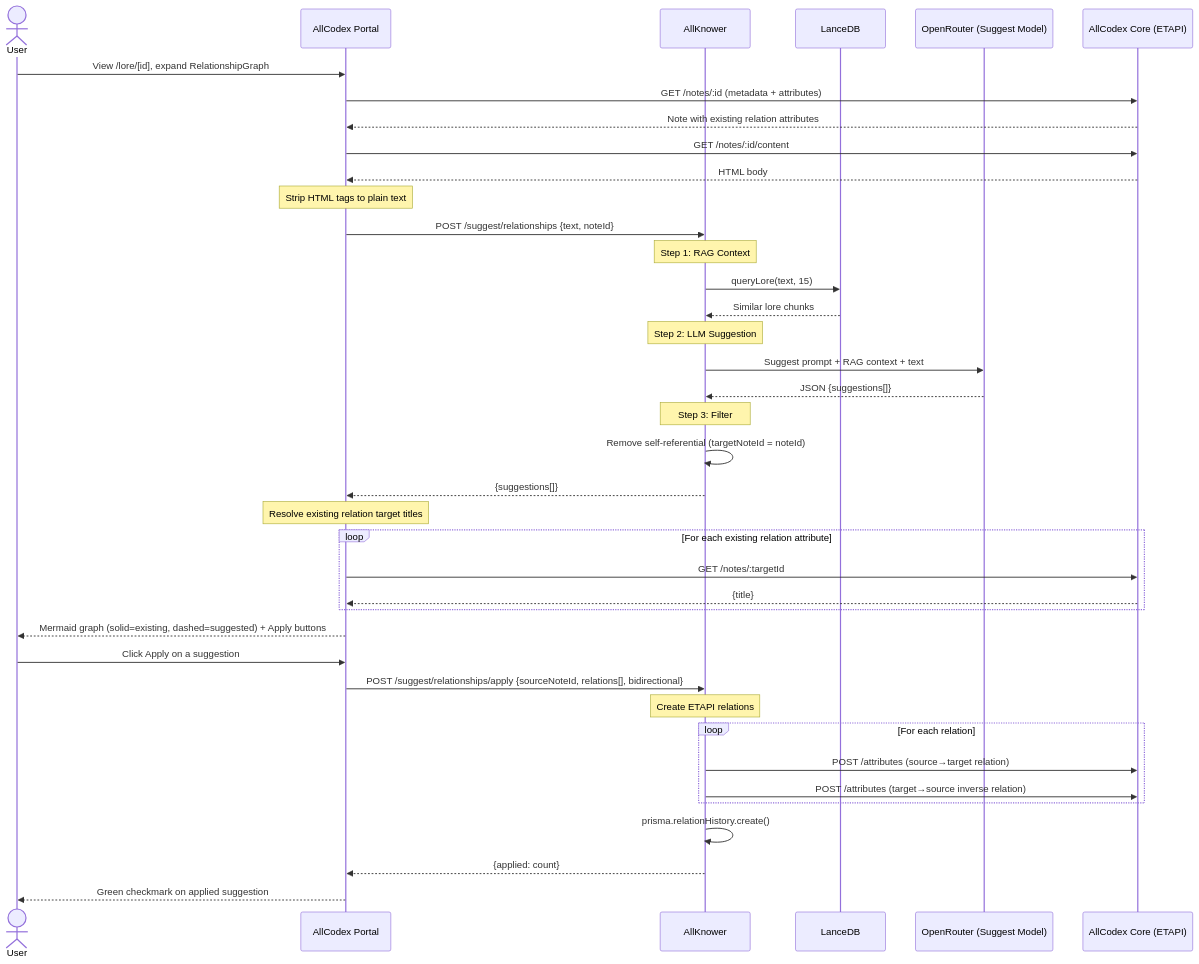
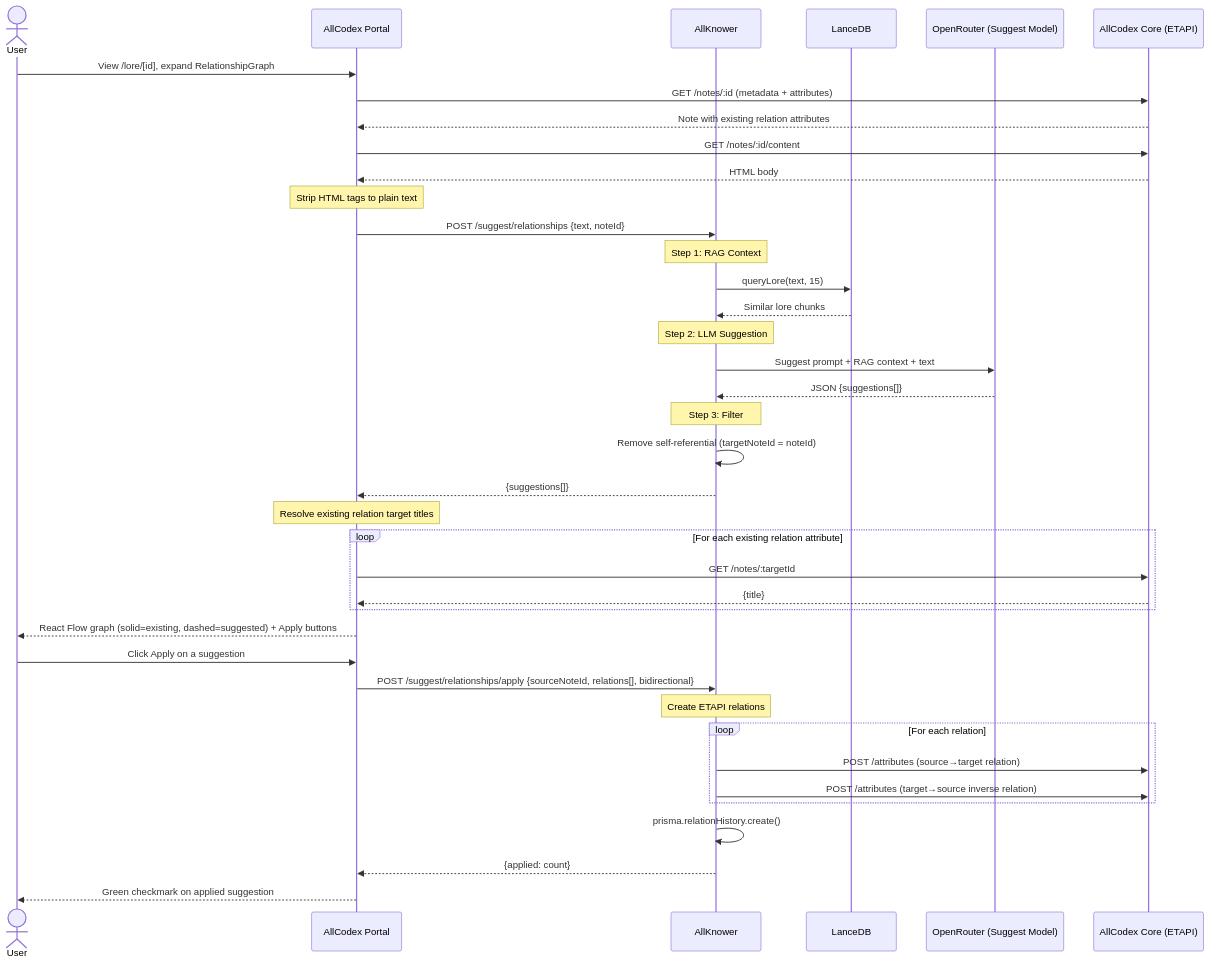
One commit to ThunderRonin/allcodex-docs changed the third of 3 diagrams in reference/architecture.md. Above: the diagram before and after it, drawn with Mermaid. The commit also changed other lines of this file and 3 other files, not shown here.

First line of the commit message:
docs: sync reference docs with v1 — React Flow graph, current credential flow, 17 relation mappings, new endpoints

````diff
--- a/reference/architecture.md
+++ b/reference/architecture.md
@@ -1076,53 +1162,53 @@
 ```mermaid
 sequenceDiagram
     actor User
     participant Portal as AllCodex Portal
     participant AK as AllKnower
     participant LDB as LanceDB
     participant LLM as OpenRouter (Suggest Model)
     participant AC as AllCodex Core (ETAPI)
 
     User->>Portal: View /lore/[id], expand RelationshipGraph
     Portal->>AC: GET /notes/:id (metadata + attributes)
     AC-->>Portal: Note with existing relation attributes
     Portal->>AC: GET /notes/:id/content
     AC-->>Portal: HTML body
 
     Note over Portal: Strip HTML tags to plain text
 
     Portal->>AK: POST /suggest/relationships {text, noteId}
 
     Note over AK: Step 1: RAG Context
     AK->>LDB: queryLore(text, 15)
     LDB-->>AK: Similar lore chunks
 
     Note over AK: Step 2: LLM Suggestion
     AK->>LLM: Suggest prompt + RAG context + text
     LLM-->>AK: JSON {suggestions[]}
 
     Note over AK: Step 3: Filter
     AK->>AK: Remove self-referential (targetNoteId = noteId)
 
     AK-->>Portal: {suggestions[]}
 
     Note over Portal: Resolve existing relation target titles
     loop For each existing relation attribute
         Portal->>AC: GET /notes/:targetId
         AC-->>Portal: {title}
     end
 
-    Portal-->>User: Mermaid graph (solid=existing, dashed=suggested) + Apply buttons
+    Portal-->>User: React Flow graph (solid=existing, dashed=suggested) + Apply buttons
 
     User->>Portal: Click Apply on a suggestion
     Portal->>AK: POST /suggest/relationships/apply {sourceNoteId, relations[], bidirectional}
 
     Note over AK: Create ETAPI relations
     loop For each relation
         AK->>AC: POST /attributes (source→target relation)
         AK->>AC: POST /attributes (target→source inverse relation)
     end
     AK->>AK: prisma.relationHistory.create()
 
     AK-->>Portal: {applied: count}
     Portal-->>User: Green checkmark on applied suggestion
 ```
````
